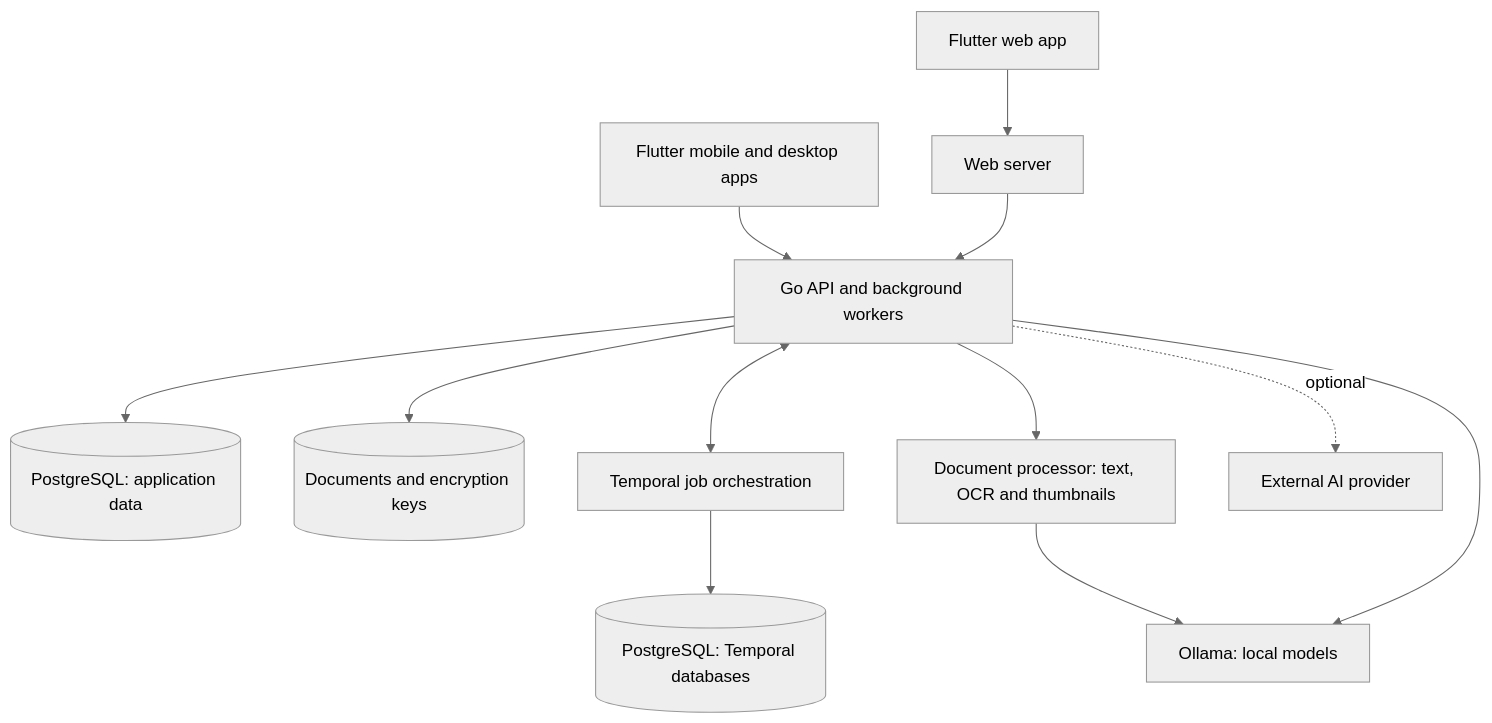
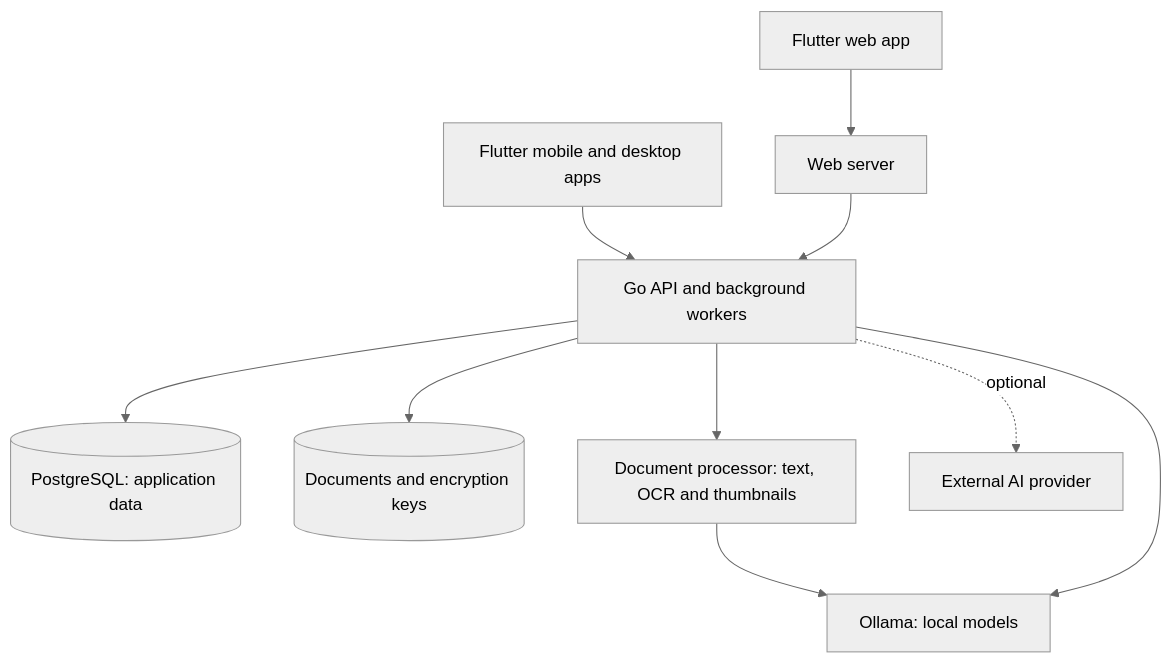
Before and after one commit to saschTa/domabas: the diagram in readme.md, drawn with Mermaid (neutral theme). The commit also changed other lines of this file and 243 other files, not shown here.

````diff
--- a/readme.md
+++ b/readme.md
@@ -203,14 +204,12 @@
 ```mermaid
 flowchart TD
   Browser[Flutter web app] --> Web[Web server]
   Native[Flutter mobile and desktop apps] --> Backend[Go API and background workers]
   Web --> Backend
   Backend --> Postgres[(PostgreSQL: application data)]
   Backend --> Files[(Documents and encryption keys)]
-  Backend <--> Temporal[Temporal job orchestration]
-  Temporal --> History[(PostgreSQL: Temporal databases)]
   Backend --> Processor[Document processor: text, OCR and thumbnails]
   Processor --> Ollama[Ollama: local models]
   Backend --> Ollama
   Backend -. optional .-> External[External AI provider]
 ```
````
